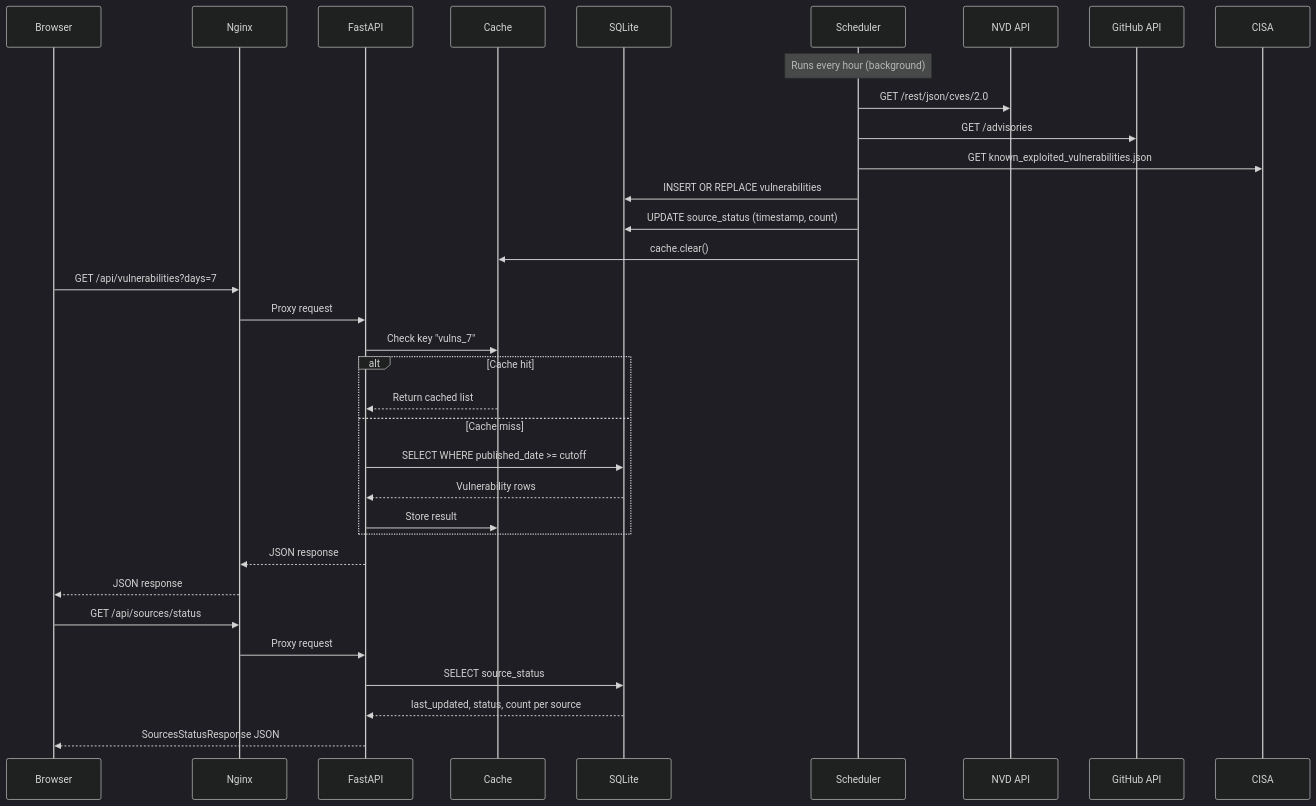
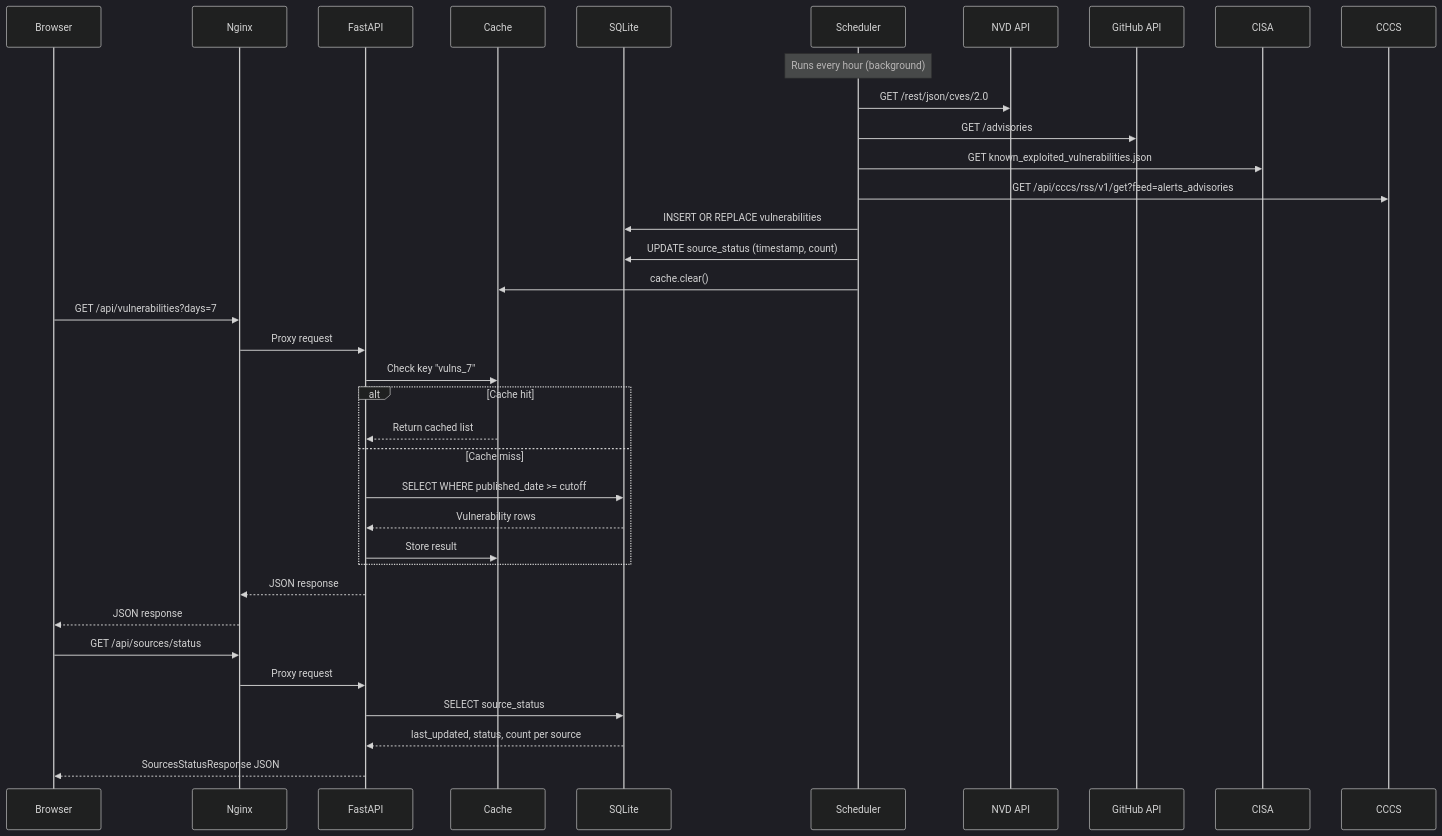
One commit to rampeand/vuln-tracker changed the second of 4 diagrams in ARCHITECTURE.md. Above: the diagram before and after it, drawn with Mermaid (dark theme). The commit also changed other lines of this file and 6 other files, not shown here.

````diff
--- a/ARCHITECTURE.md
+++ b/ARCHITECTURE.md
@@ -59,36 +62,37 @@
 ```mermaid
 sequenceDiagram
     participant Browser
     participant Nginx
     participant FastAPI
     participant Cache
     participant SQLite
     participant Scheduler
 
     Note over Scheduler: Runs every hour (background)
     Scheduler->>NVD API: GET /rest/json/cves/2.0
     Scheduler->>GitHub API: GET /advisories
     Scheduler->>CISA: GET known_exploited_vulnerabilities.json
+    Scheduler->>CCCS: GET /api/cccs/rss/v1/get?feed=alerts_advisories
     Scheduler->>SQLite: INSERT OR REPLACE vulnerabilities
     Scheduler->>SQLite: UPDATE source_status (timestamp, count)
     Scheduler->>Cache: cache.clear()
 
     Browser->>Nginx: GET /api/vulnerabilities?days=7
     Nginx->>FastAPI: Proxy request
     FastAPI->>Cache: Check key "vulns_7"
     alt Cache hit
         Cache-->>FastAPI: Return cached list
     else Cache miss
         FastAPI->>SQLite: SELECT WHERE published_date >= cutoff
         SQLite-->>FastAPI: Vulnerability rows
         FastAPI->>Cache: Store result
     end
     FastAPI-->>Nginx: JSON response
     Nginx-->>Browser: JSON response
 
     Browser->>Nginx: GET /api/sources/status
     Nginx->>FastAPI: Proxy request
     FastAPI->>SQLite: SELECT source_status
     SQLite-->>FastAPI: last_updated, status, count per source
     FastAPI-->>Browser: SourcesStatusResponse JSON
 ```
````
